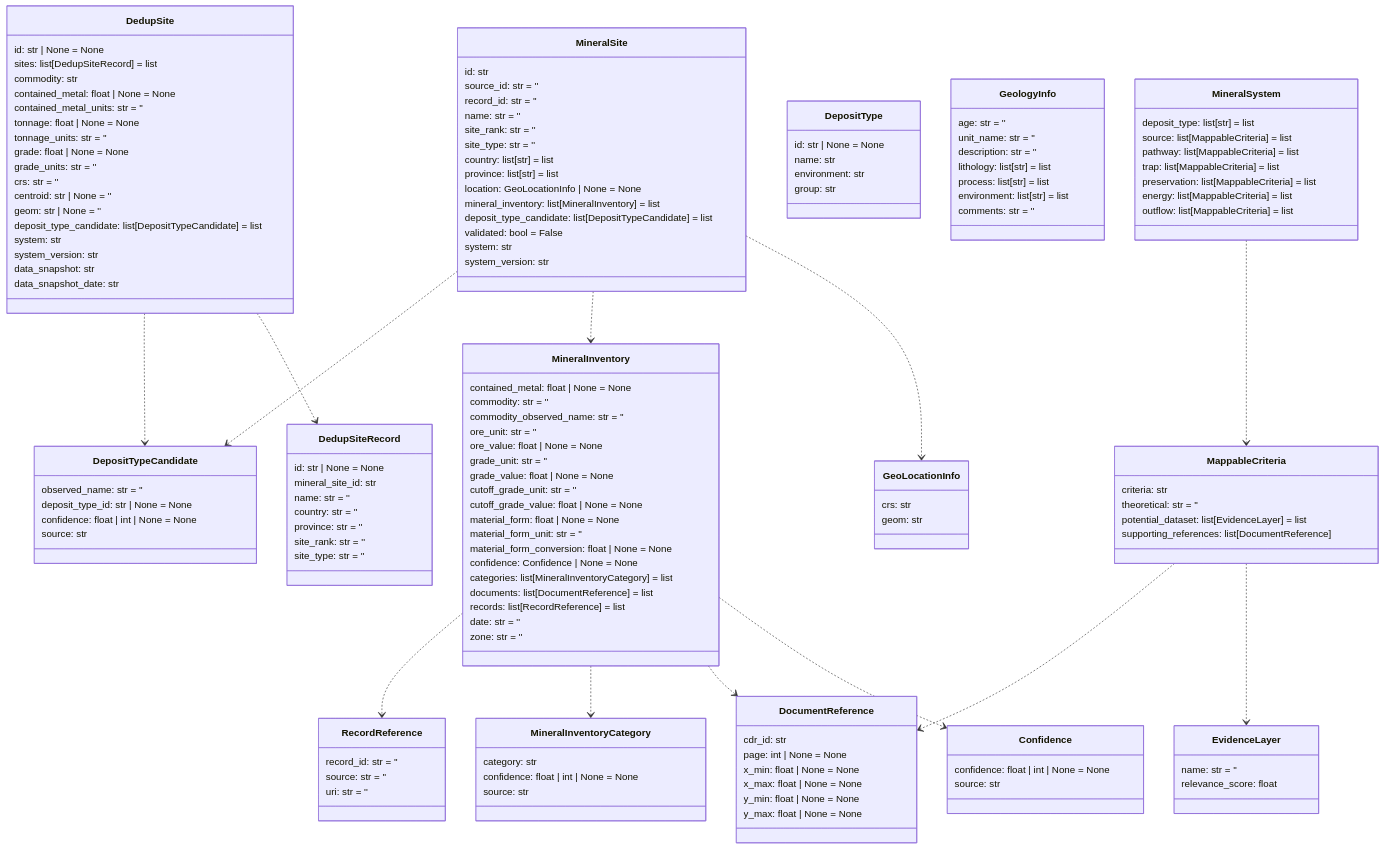
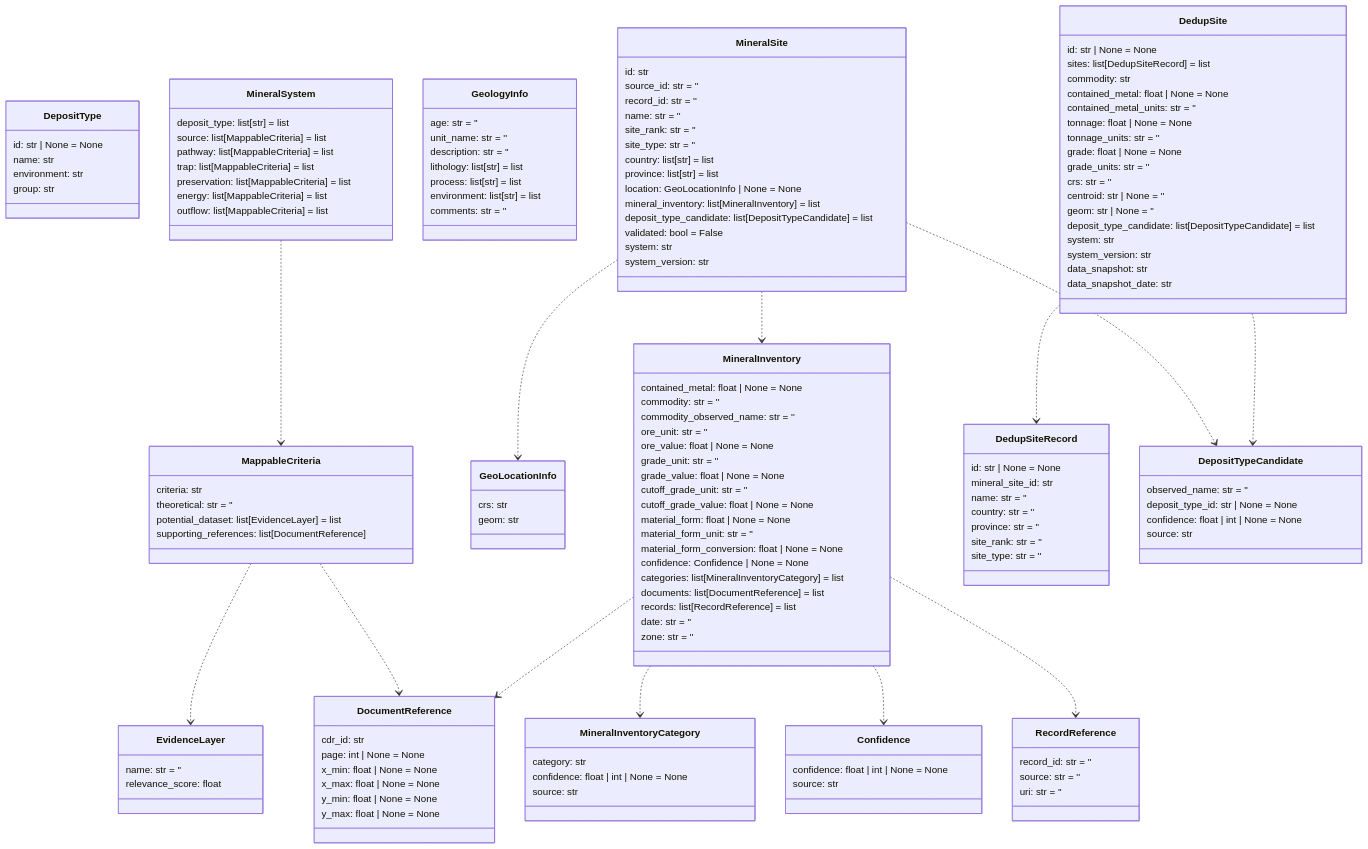
Before and after one commit to DARPA-CRITICALMAAS/cdr_schemas: the tenth of 14 diagrams in README.md, drawn with Mermaid. The commit also changed other lines of this file and 3 other files, not shown here.

First line of the commit message:
Beak-TA3 BNN and SOM Schema Additions

````diff
--- a/README.md
+++ b/README.md
@@ -766,37 +766,50 @@
 ```mermaid
 classDiagram
 
-    class DepositTypeCandidate {
-        observed_name: str = ''
-        deposit_type_id: str | None = None
+    class MappableCriteria {
+        criteria: str
+        theoretical: str = ''
+        potential_dataset: list[EvidenceLayer] = list
+        supporting_references: list[DocumentReference]
+    }
+
+    class EvidenceLayer {
+        name: str = ''
+        relevance_score: float
+    }
+
+    class RecordReference {
+        record_id: str = ''
+        source: str = ''
+        uri: str = ''
+    }
+
+    class GeoLocationInfo {
+        crs: str
+        geom: str
+    }
+
+    class DepositType {
+        id: str | None = None
+        name: str
+        environment: str
+        group: str
+    }
+
+    class MineralInventoryCategory {
+        category: str
         confidence: float | int | None = None
         source: str
     }
 
-    class DocumentReference {
-        cdr_id: str
-        page: int | None = None
-        x_min: float | None = None
-        x_max: float | None = None
-        y_min: float | None = None
-        y_max: float | None = None
-    }
-
-    class MineralSite {
-        id: str
-        source_id: str = ''
-        record_id: str = ''
-        name: str = ''
-        site_rank: str = ''
-        site_type: str = ''
-        country: list[str] = list
-        province: list[str] = list
-        location: GeoLocationInfo | None = None
-        mineral_inventory: list[MineralInventory] = list
-        deposit_type_candidate: list[DepositTypeCandidate] = list
-        validated: bool = False
-        system: str
-        system_version: str
+    class MineralSystem {
+        deposit_type: list[str] = list
+        source: list[MappableCriteria] = list
+        pathway: list[MappableCriteria] = list
+        trap: list[MappableCriteria] = list
+        preservation: list[MappableCriteria] = list
+        energy: list[MappableCriteria] = list
+        outflow: list[MappableCriteria] = list
     }
 
     class MineralInventory {
@@ -820,6 +833,48 @@
         zone: str = ''
     }
 
+    class DedupSiteRecord {
+        id: str | None = None
+        mineral_site_id: str
+        name: str = ''
+        country: str = ''
+        province: str = ''
+        site_rank: str = ''
+        site_type: str = ''
+    }
+
+    class GeologyInfo {
+        age: str = ''
+        unit_name: str = ''
+        description: str = ''
+        lithology: list[str] = list
+        process: list[str] = list
+        environment: list[str] = list
+        comments: str = ''
+    }
+
+    class MineralSite {
+        id: str
+        source_id: str = ''
+        record_id: str = ''
+        name: str = ''
+        site_rank: str = ''
+        site_type: str = ''
+        country: list[str] = list
+        province: list[str] = list
+        location: GeoLocationInfo | None = None
+        mineral_inventory: list[MineralInventory] = list
+        deposit_type_candidate: list[DepositTypeCandidate] = list
+        validated: bool = False
+        system: str
+        system_version: str
+    }
+
+    class Confidence {
+        confidence: float | int | None = None
+        source: str
+    }
+
     class DedupSite {
         id: str | None = None
         sites: list[DedupSiteRecord] = list
@@ -840,89 +895,34 @@
         data_snapshot_date: str
     }
 
-    class DepositType {
-        id: str | None = None
-        name: str
-        environment: str
-        group: str
+    class DocumentReference {
+        cdr_id: str
+        page: int | None = None
+        x_min: float | None = None
+        x_max: float | None = None
+        y_min: float | None = None
+        y_max: float | None = None
     }
 
-    class RecordReference {
-        record_id: str = ''
-        source: str = ''
-        uri: str = ''
-    }
-
-    class DedupSiteRecord {
-        id: str | None = None
-        mineral_site_id: str
-        name: str = ''
-        country: str = ''
-        province: str = ''
-        site_rank: str = ''
-        site_type: str = ''
-    }
-
-    class Confidence {
+    class DepositTypeCandidate {
+        observed_name: str = ''
+        deposit_type_id: str | None = None
         confidence: float | int | None = None
         source: str
     }
 
-    class GeologyInfo {
-        age: str = ''
-        unit_name: str = ''
-        description: str = ''
-        lithology: list[str] = list
-        process: list[str] = list
-        environment: list[str] = list
-        comments: str = ''
-    }
-
-    class MappableCriteria {
-        criteria: str
-        theoretical: str = ''
-        potential_dataset: list[EvidenceLayer] = list
-        supporting_references: list[DocumentReference]
-    }
-
-    class MineralInventoryCategory {
-        category: str
-        confidence: float | int | None = None
-        source: str
-    }
-
-    class GeoLocationInfo {
-        crs: str
-        geom: str
-    }
-
-    class MineralSystem {
-        deposit_type: list[str] = list
-        source: list[MappableCriteria] = list
-        pathway: list[MappableCriteria] = list
-        trap: list[MappableCriteria] = list
-        preservation: list[MappableCriteria] = list
-        energy: list[MappableCriteria] = list
-        outflow: list[MappableCriteria] = list
-    }
-
-    class EvidenceLayer {
-        name: str = ''
-        relevance_score: float
-    }
-
+    MappableCriteria ..> EvidenceLayer
     MappableCriteria ..> DocumentReference
-    MappableCriteria ..> EvidenceLayer
     MineralSystem ..> MappableCriteria
+    MineralInventory ..> MineralInventoryCategory
+    MineralInventory ..> Confidence
     MineralInventory ..> RecordReference
-    MineralInventory ..> MineralInventoryCategory
     MineralInventory ..> DocumentReference
-    MineralInventory ..> Confidence
-    MineralSite ..> DepositTypeCandidate
     MineralSite ..> MineralInventory
     MineralSite ..> GeoLocationInfo
+    MineralSite ..> DepositTypeCandidate
+    DedupSite ..> DedupSiteRecord
     DedupSite ..> DepositTypeCandidate
-    DedupSite ..> DedupSiteRecord
 
 
 ```
````
